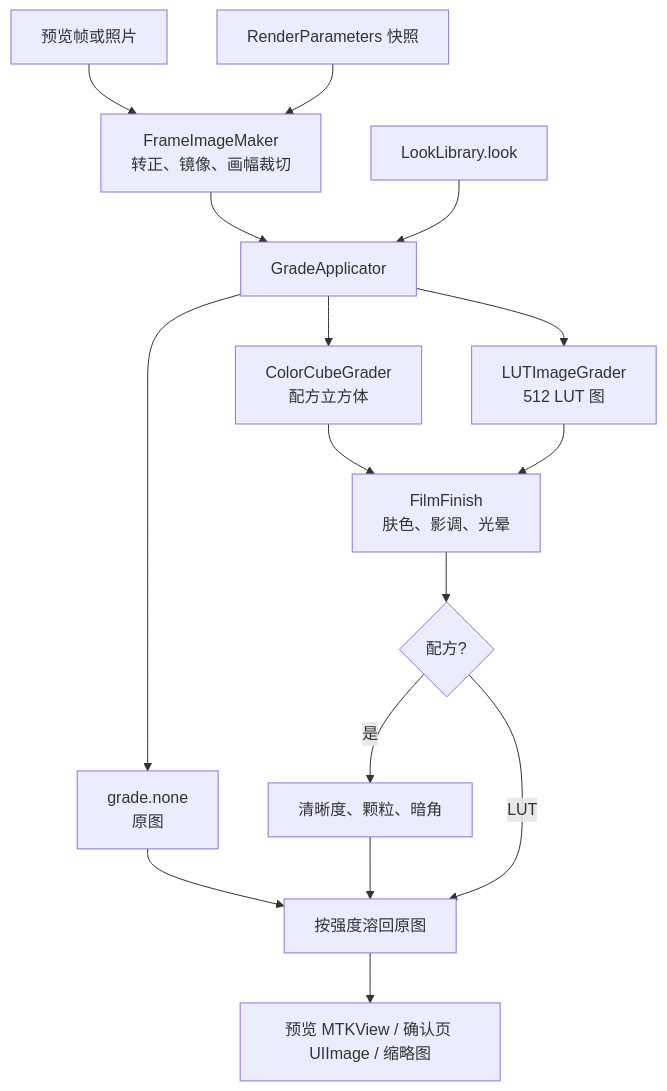
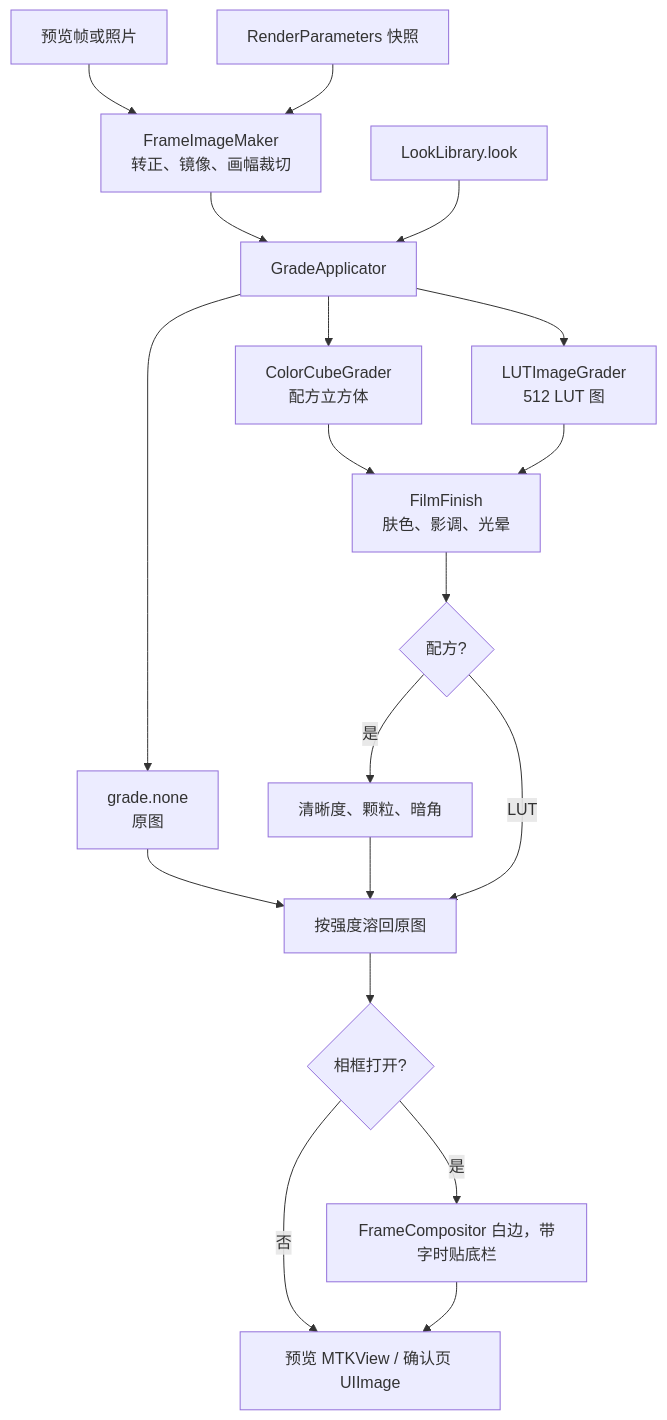
One commit to zhe-ma/angie-filter changed the third of 6 diagrams in design/architecture.md. Above: the diagram before and after it, drawn with Mermaid. The commit also changed other lines of this file and 19 other files, not shown here.

````diff
--- a/design/architecture.md
+++ b/design/architecture.md
@@ -80,18 +80,21 @@
 ```mermaid
 flowchart TB
   frame["预览帧或照片"] --> geo["FrameImageMaker<br/>转正、镜像、画幅裁切"]
   snap["RenderParameters 快照"] --> geo
   geo --> apply["GradeApplicator"]
   lib["LookLibrary.look"] --> apply
   apply --> none["grade.none<br/>原图"]
   apply --> cube["ColorCubeGrader<br/>配方立方体"]
   apply --> lut["LUTImageGrader<br/>512 LUT 图"]
   cube --> finish["FilmFinish<br/>肤色、影调、光晕"]
   lut --> finish
   finish --> spatial{"配方?"}
   spatial -->|是| rest["清晰度、颗粒、暗角"]
   spatial -->|LUT| mix["按强度溶回原图"]
   none --> mix
   rest --> mix
-  mix --> out["预览 MTKView / 确认页 UIImage / 缩略图"]
+  mix --> border{"相框打开?"}
+  border -->|否| out["预览 MTKView / 确认页 UIImage"]
+  border -->|是| frameOut["FrameCompositor 白边，带字时贴底栏"]
+  frameOut --> out
 ```
````
